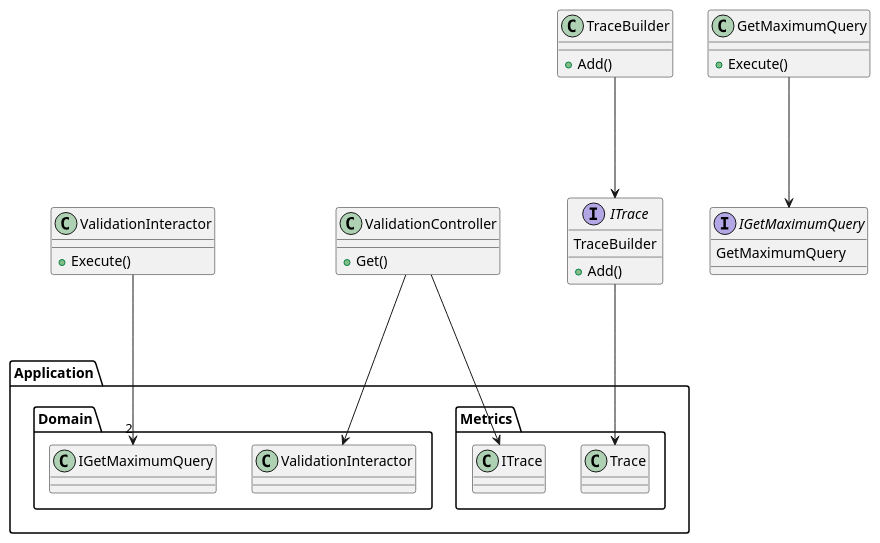
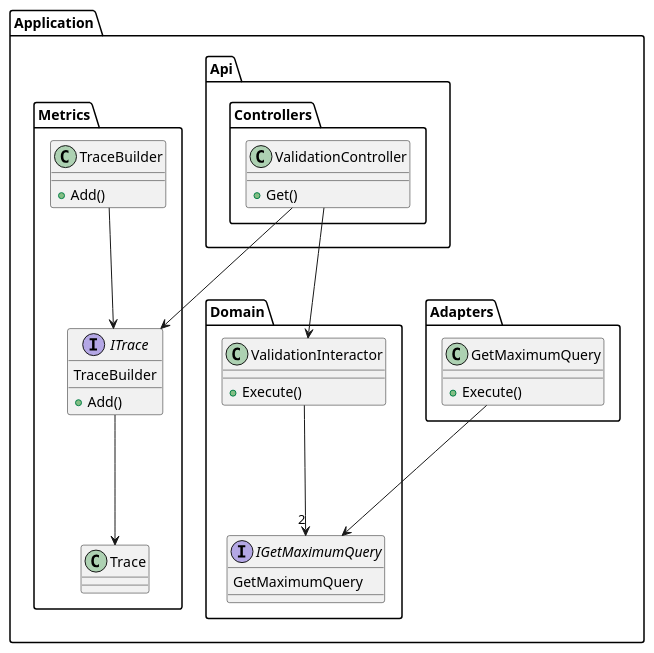
Before and after one commit to maisiesadler/application-template: the diagram in tools/Application.Lively/classdiagram.puml, drawn with PlantUML.

Commit message:
Full names

```diff
--- a/tools/Application.Lively/classdiagram.puml
+++ b/tools/Application.Lively/classdiagram.puml
@@ -1,32 +1,32 @@
 @startuml
 
-class ValidationController {
+class Application.Api.Controllers.ValidationController {
   +Get()
 }
-ValidationController ---> Application.Domain.ValidationInteractor
-ValidationController ---> Application.Metrics.ITrace
-class ValidationInteractor {
+Application.Api.Controllers.ValidationController ---> Application.Domain.ValidationInteractor
+Application.Api.Controllers.ValidationController ---> Application.Metrics.ITrace
+class Application.Domain.ValidationInteractor {
   +Execute()
 }
-ValidationInteractor ---> "2" Application.Domain.IGetMaximumQuery
-class ITrace {
+Application.Domain.ValidationInteractor ---> "2" Application.Domain.IGetMaximumQuery
+class Application.Metrics.ITrace {
   +Add()
 }
-ITrace ---> Application.Metrics.Trace
+Application.Metrics.ITrace ---> Application.Metrics.Trace
 
-interface IGetMaximumQuery {
+interface Application.Domain.IGetMaximumQuery {
   GetMaximumQuery
 }
-class GetMaximumQuery {
+class Application.Adapters.GetMaximumQuery {
   +Execute()
 }
-GetMaximumQuery ---> IGetMaximumQuery
-interface ITrace {
+Application.Adapters.GetMaximumQuery ---> Application.Domain.IGetMaximumQuery
+interface Application.Metrics.ITrace {
   TraceBuilder
 }
-class TraceBuilder {
+class Application.Metrics.TraceBuilder {
   +Add()
 }
-TraceBuilder ---> ITrace
+Application.Metrics.TraceBuilder ---> Application.Metrics.ITrace
 
 @enduml
```
